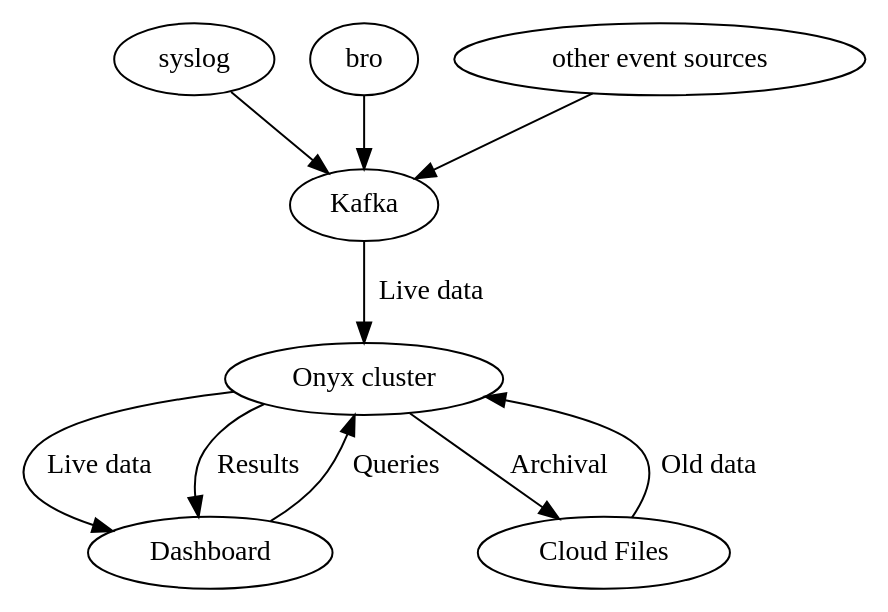
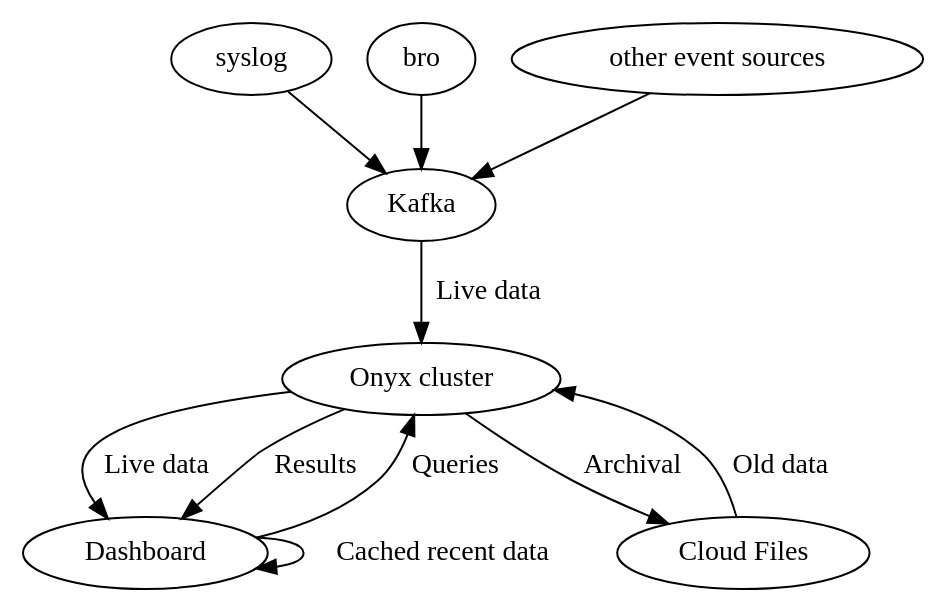
One commit to RackSec/desdemona changed the diagram in doc/diagram.dot. Above: the diagram before and after it, drawn with Graphviz. The commit also changed 1 other file, not shown here.

Commit message:
Add cached recent data to diagram
Suggestion by @reaperhulk

```diff
--- a/doc/diagram.dot
+++ b/doc/diagram.dot
@@ -1,25 +1,26 @@
 digraph desdemona {
         onyx [label="Onyx cluster"];
 
         subgraph frontend {
                 dashboard [label="Dashboard"];                
         }       
 
+        dashboard -> dashboard [label="Cached recent data"];        
         dashboard -> onyx [label="Queries"];
         onyx -> dashboard [label="Live data"];
-        onyx -> dashboard [label="Results"];        
+        onyx -> dashboard [label="Results"];     
 
         subgraph envs {
                 syslog;                
                 bro [label="bro"];                
                 misc [label="other event sources"];               
         }
 
         kafka [label="Kafka"];                
         syslog, bro, misc -> kafka;
         kafka -> onyx [label="Live data"];        
 
         cloudfiles [label="Cloud Files"];
         cloudfiles -> onyx [label="Old data"];        
         onyx -> cloudfiles [label="Archival"];        
 }
```
